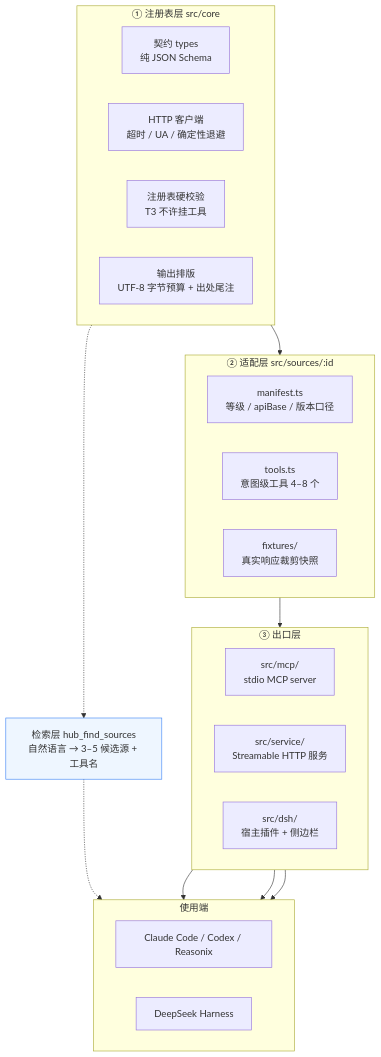
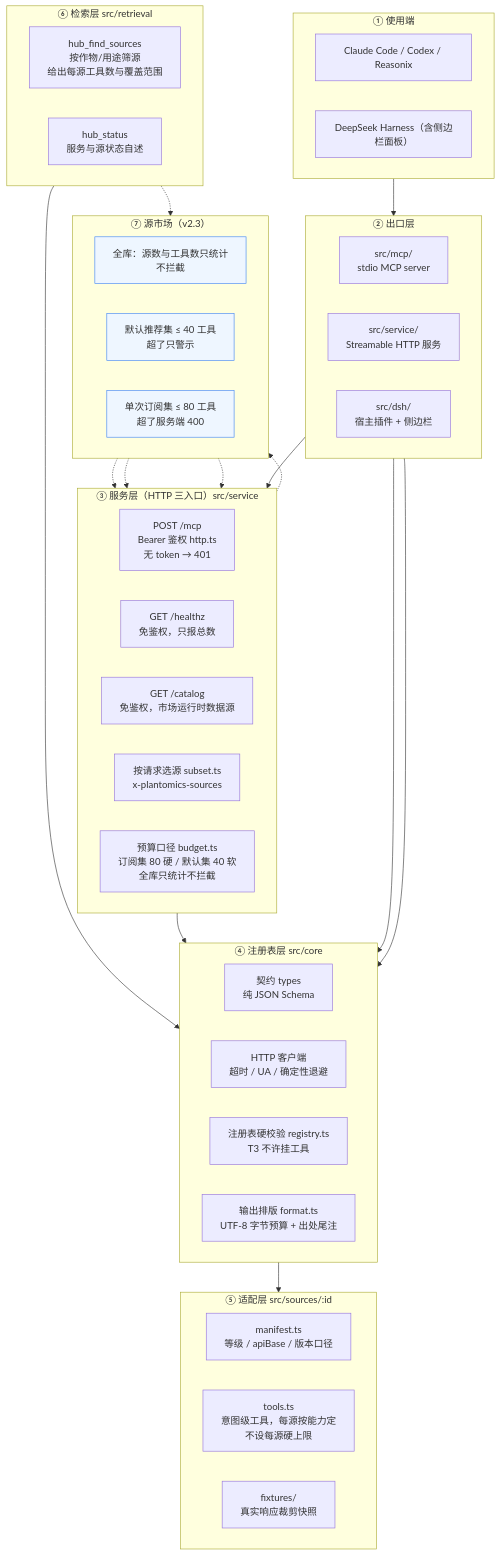
One commit to maorong-rong/plant-omics changed the diagram in docs/figures/fig1-系统架构.mmd. Above: the diagram before and after it, drawn with Mermaid. The commit also changed 122 other files, not shown here.

```diff
--- a/docs/figures/fig1-系统架构.mmd
+++ b/docs/figures/fig1-系统架构.mmd
@@ -1,40 +1,66 @@
 flowchart TB
-  subgraph L1["① 注册表层 src/core"]
+  subgraph L0["① 使用端"]
     direction LR
-    A1["契约 types<br/>纯 JSON Schema"]
-    A2["HTTP 客户端<br/>超时 / UA / 确定性退避"]
-    A3["注册表硬校验<br/>T3 不许挂工具"]
-    A4["输出排版<br/>UTF-8 字节预算 + 出处尾注"]
+    D1["Claude Code / Codex / Reasonix"]
+    D2["DeepSeek Harness（含侧边栏面板）"]
   end
 
-  subgraph L2["② 适配层 src/sources/:id"]
-    direction LR
-    B1["manifest.ts<br/>等级 / apiBase / 版本口径"]
-    B2["tools.ts<br/>意图级工具 4–8 个"]
-    B3["fixtures/<br/>真实响应裁剪快照"]
-  end
-
-  subgraph L3["③ 出口层"]
+  subgraph L3["② 出口层"]
     direction LR
     C1["src/mcp/<br/>stdio MCP server"]
     C2["src/service/<br/>Streamable HTTP 服务"]
     C3["src/dsh/<br/>宿主插件 + 侧边栏"]
   end
 
-  subgraph L4["使用端"]
+  subgraph L4["③ 服务层（HTTP 三入口）src/service"]
     direction LR
-    D1["Claude Code / Codex / Reasonix"]
-    D2["DeepSeek Harness"]
+    E1["POST /mcp<br/>Bearer 鉴权 http.ts<br/>无 token → 401"]
+    E2["GET /healthz<br/>免鉴权，只报总数"]
+    E3["GET /catalog<br/>免鉴权，市场运行时数据源"]
+    E4["按请求选源 subset.ts<br/>x-plantomics-sources"]
+    E5["预算口径 budget.ts<br/>订阅集 80 硬 / 默认集 40 软<br/>全库只统计不拦截"]
   end
 
+  subgraph L1["④ 注册表层 src/core"]
+    direction LR
+    A1["契约 types<br/>纯 JSON Schema"]
+    A2["HTTP 客户端<br/>超时 / UA / 确定性退避"]
+    A3["注册表硬校验 registry.ts<br/>T3 不许挂工具"]
+    A4["输出排版 format.ts<br/>UTF-8 字节预算 + 出处尾注"]
+  end
+
+  subgraph L2["⑤ 适配层 src/sources/:id"]
+    direction LR
+    B1["manifest.ts<br/>等级 / apiBase / 版本口径"]
+    B2["tools.ts<br/>意图级工具，每源按能力定<br/>不设每源硬上限"]
+    B3["fixtures/<br/>真实响应裁剪快照"]
+  end
+
+  subgraph L5["⑥ 检索层 src/retrieval"]
+    direction LR
+    R1["hub_find_sources<br/>按作物/用途筛源<br/>给出每源工具数与覆盖范围"]
+    R2["hub_status<br/>服务与源状态自述"]
+  end
+
+  subgraph L6["⑦ 源市场（v2.3）"]
+    direction LR
+    M1["全库：源数与工具数只统计<br/>不拦截"]
+    M2["默认推荐集 ≤ 40 工具<br/>超了只警示"]
+    M3["单次订阅集 ≤ 80 工具<br/>超了服务端 400"]
+  end
+
+  L0 --> L3
+  C2 --> L4
+  C1 --> L1
+  C3 --> L1
+  L4 --> L1
+  L5 --> L1
   L1 --> L2
-  L2 --> L3
-  C1 --> D1
-  C2 --> D1
-  C3 --> D2
-
-  R["检索层 hub_find_sources<br/>自然语言 → 3–5 候选源 + 工具名"]:::meta
-  L1 -.-> R
-  R -.-> D1
+  M1 -.-> L4
+  M2 -.-> E5
+  M3 -.-> E5
+  E3 -.-> M2
+  R1 -.-> M3
 
   classDef meta fill:#eef6ff,stroke:#3b82f6,stroke-width:1px
+  class M1,M2,M3 meta
```
